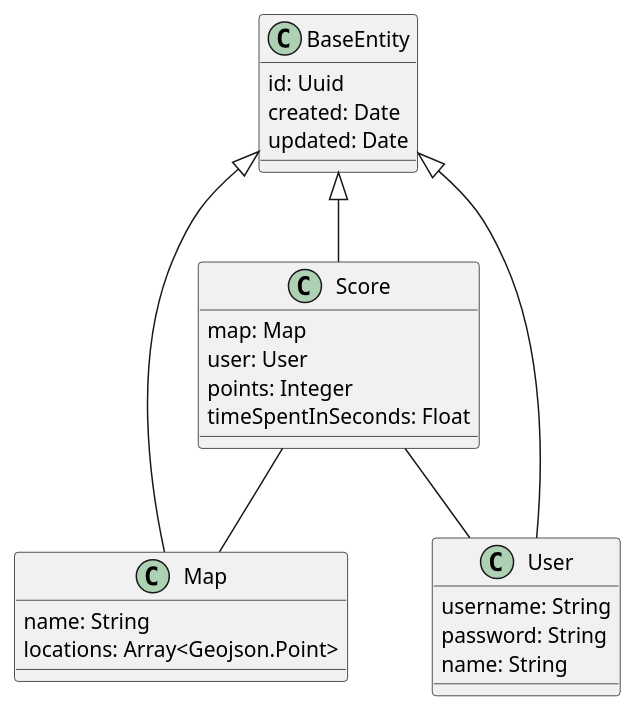
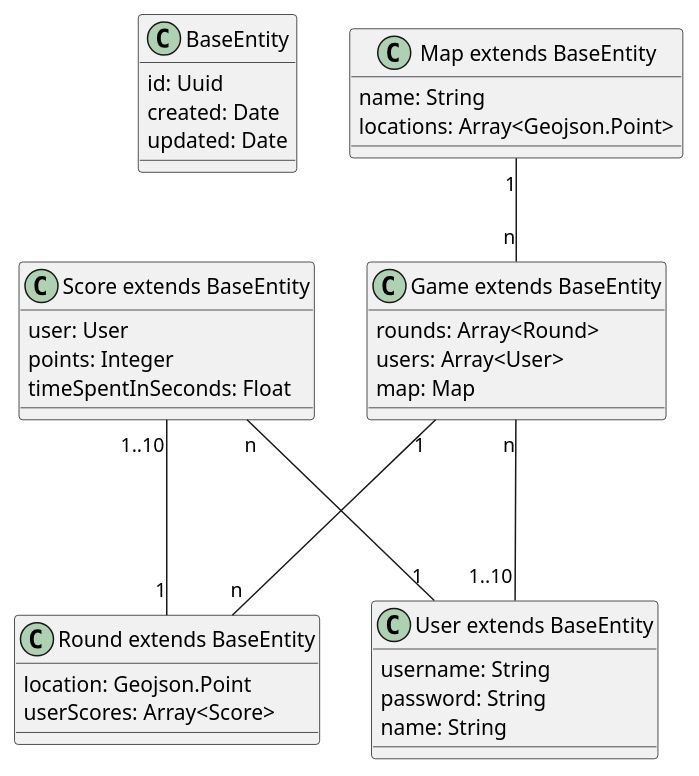
The diagram in backend/api/docs/class.puml (Martenda/geopredict), drawn with PlantUML before and after one commit. The commit also changed other lines of this file and 7 other files, not shown here.

```diff
--- a/backend/api/docs/class.puml
+++ b/backend/api/docs/class.puml
@@ -1,29 +1,42 @@
-@startuml geopredict class diagram
+    @startuml geopredict class diagram
 class BaseEntity {
     id: Uuid
     created: Date
     updated: Date
 }
 
-class Map extends BaseEntity {
+class "Map extends BaseEntity" {
     name: String
     locations: Array<Geojson.Point>
 }
 
-class Score extends BaseEntity {
-    map: Map
+class "Score extends BaseEntity" {
     user: User
     points: Integer
     timeSpentInSeconds: Float
 }
 
-class User extends BaseEntity {
+class "Game extends BaseEntity" {
+    rounds: Array<Round>
+    users: Array<User>
+    map: Map
+}
+
+class "Round extends BaseEntity" {
+    location: Geojson.Point
+    userScores: Array<Score>
+}
+
+class "User extends BaseEntity" {
     username: String
     password: String
     name: String
 }
 
-Score -- User
-Score -- Map
+"Game extends BaseEntity" "1" --- "n" "Round extends BaseEntity"
+"Game extends BaseEntity" "n" --- "1..10" "User extends BaseEntity"
+"Score extends BaseEntity" "n" --- "1" "User extends BaseEntity"
+"Score extends BaseEntity" "1..10" --- "1" "Round extends BaseEntity"
+"Map extends BaseEntity" "1" -- "n" "Game extends BaseEntity"
 
 @enduml
```
